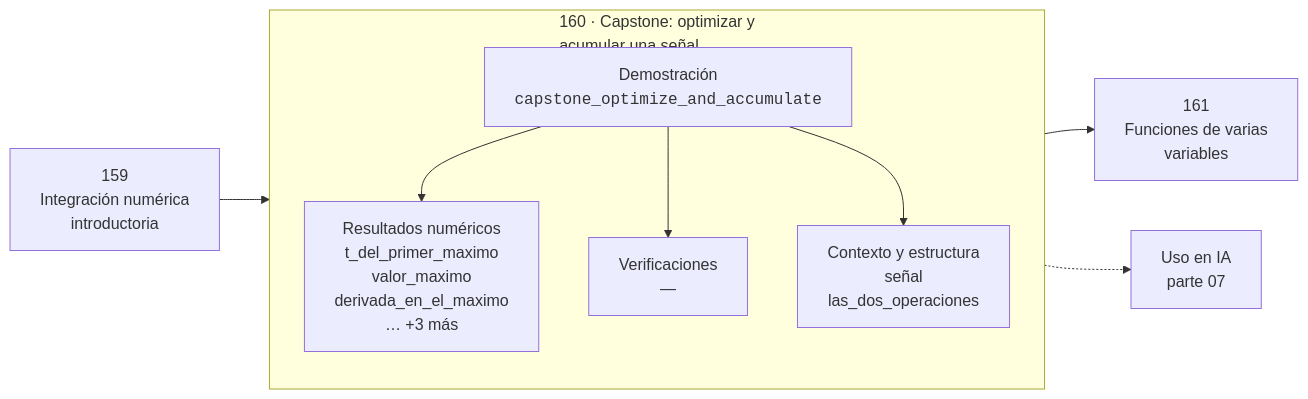
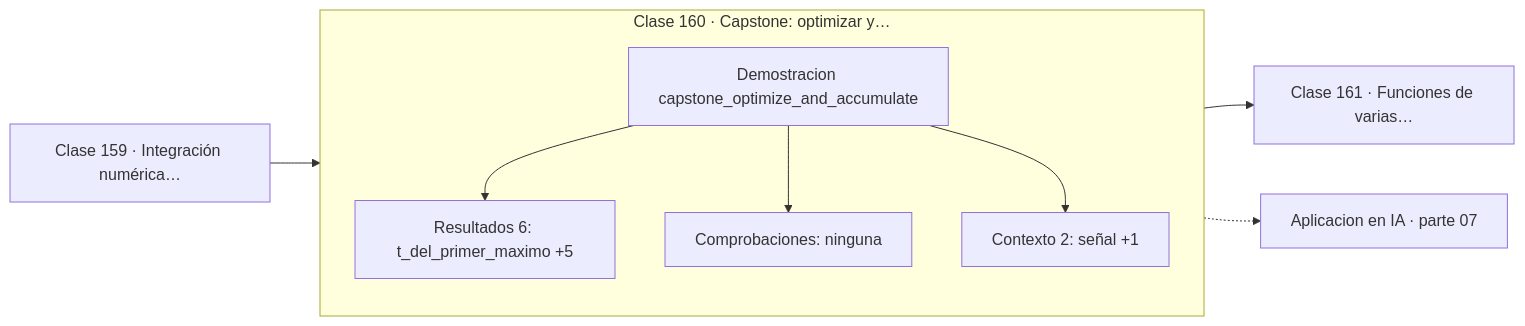
The diagram in classes/part-07-calculo-diferencial-e-integral/160-capstone-optimizar-y-acumular-una-senal/README.md (vladimiracunadev-create/computational-mathematics-program), drawn with Mermaid before and after one commit. The commit also changed 389 other files, not shown here.

First line of the commit message:
fix(diagramas): elimina el HTML de las etiquetas Mermaid

````diff
--- a/classes/part-07-calculo-diferencial-e-integral/160-capstone-optimizar-y-acumular-una-senal/README.md
+++ b/classes/part-07-calculo-diferencial-e-integral/160-capstone-optimizar-y-acumular-una-senal/README.md
@@ -30,12 +30,13 @@
 ```mermaid
 flowchart LR
-    P["159<br/>Integración numérica<br/>introductoria"] --> C
-    subgraph C["160 · Capstone: optimizar y<br/>acumular una señal"]
+    P["Clase 159 · Integración numérica…"] --> D
+    subgraph CLASE["Clase 160 · Capstone: optimizar y…"]
         direction TB
-        D["Demostración<br/><code>capstone_optimize_and_accumulate</code>"] --> R["Resultados numéricos<br/>t_del_primer_maximo<br/>valor_maximo<br/>derivada_en_el_maximo<br/>… +3 más"]
-        D --> V["Verificaciones<br/>—"]
-        D --> O["Contexto y estructura<br/>señal<br/>las_dos_operaciones"]
+        D["Demostracion capstone_optimize_and_accumulate"]
+        D --> R["Resultados 6: t_del_primer_maximo +5"]
+        D --> V["Comprobaciones: ninguna"]
+        D --> O["Contexto 2: señal +1"]
     end
-    C --> N["161<br/>Funciones de varias<br/>variables"]
-    C -.-> IA["Uso en IA<br/>parte 07"]
+    R --> N["Clase 161 · Funciones de varias…"]
+    V -.-> IA["Aplicacion en IA · parte 07"]
 ```
````
